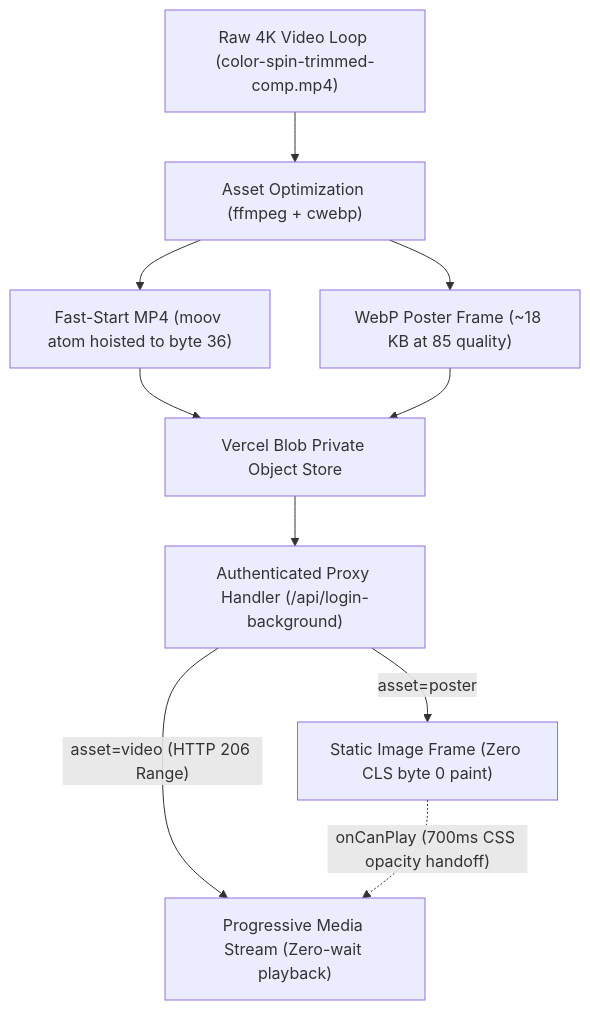
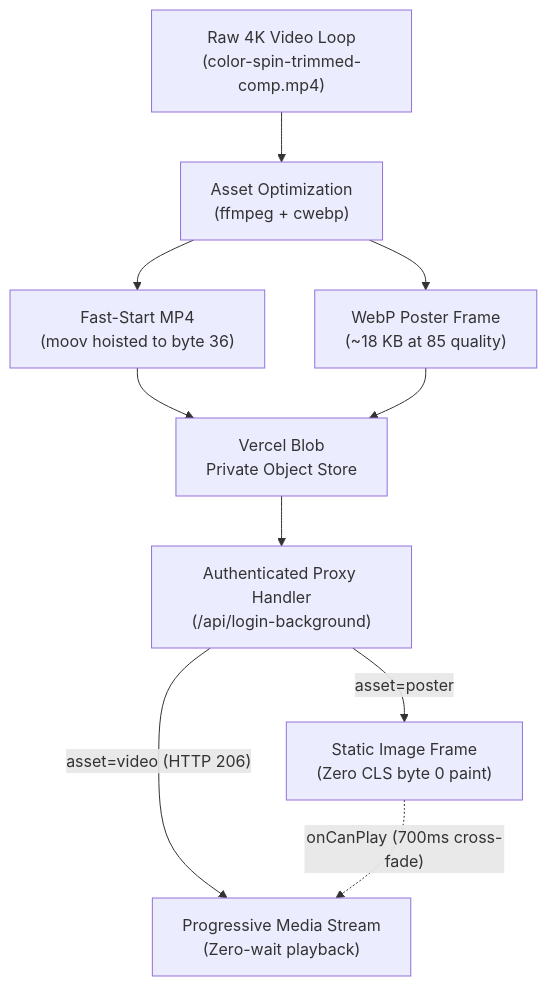
The fourth of 4 diagrams in README.md (Marqlo-C/mailpilot), drawn with Mermaid before and after one commit. The commit also changed other lines of this file, not shown here.

Commit message:
docs(readme): wrap mermaid node labels and convert tailoring flowchart to TD for responsive rendering

````diff
--- a/README.md
+++ b/README.md
@@ -557,12 +557,12 @@
 ```mermaid
 flowchart TD
-    A["Raw 4K Video Loop (color-spin-trimmed-comp.mp4)"] --> B["Asset Optimization (ffmpeg + cwebp)"]
-    B --> C["Fast-Start MP4 (moov atom hoisted to byte 36)"]
-    B --> D["WebP Poster Frame (~18 KB at 85 quality)"]
-    C --> E["Vercel Blob Private Object Store"]
+    A["Raw 4K Video Loop<br/>(color-spin-trimmed-comp.mp4)"] --> B["Asset Optimization<br/>(ffmpeg + cwebp)"]
+    B --> C["Fast-Start MP4<br/>(moov hoisted to byte 36)"]
+    B --> D["WebP Poster Frame<br/>(~18 KB at 85 quality)"]
+    C --> E["Vercel Blob<br/>Private Object Store"]
     D --> E
-    E --> F["Authenticated Proxy Handler (/api/login-background)"]
-    F -->|"asset=poster"| G["Static Image Frame (Zero CLS byte 0 paint)"]
-    F -->|"asset=video (HTTP 206 Range)"| H["Progressive Media Stream (Zero-wait playback)"]
-    G -.->|"onCanPlay (700ms CSS opacity handoff)"| H
+    E --> F["Authenticated Proxy Handler<br/>(/api/login-background)"]
+    F -->|"asset=poster"| G["Static Image Frame<br/>(Zero CLS byte 0 paint)"]
+    F -->|"asset=video (HTTP 206)"| H["Progressive Media Stream<br/>(Zero-wait playback)"]
+    G -.->|"onCanPlay (700ms cross-fade)"| H
 ```
````
